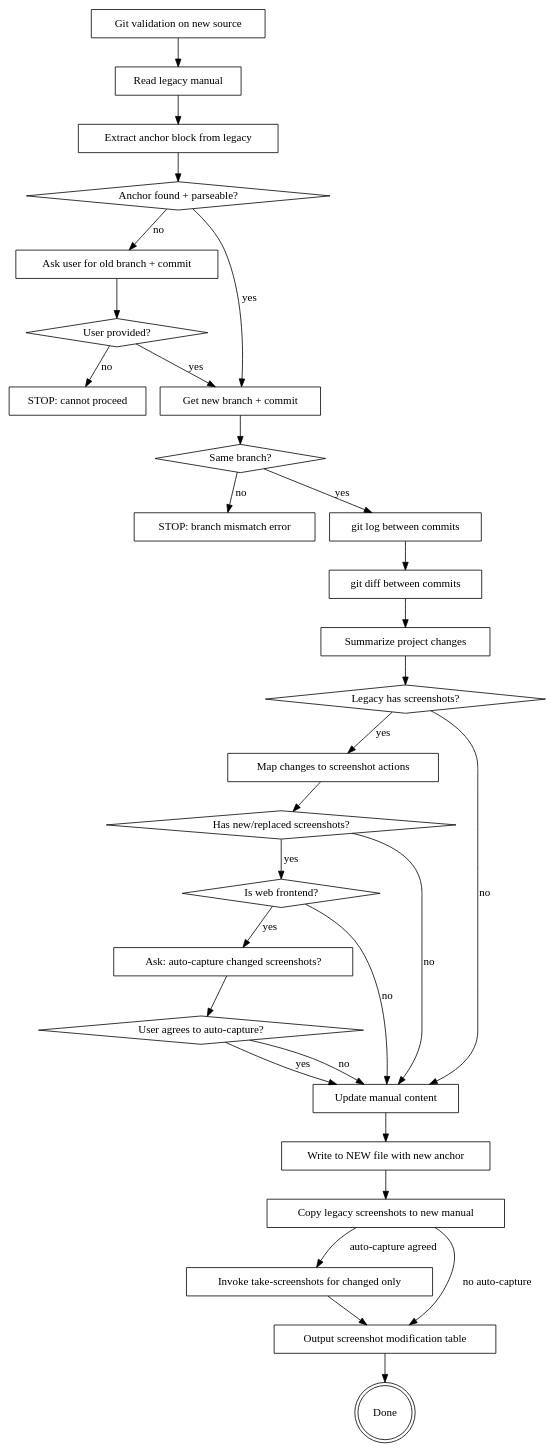
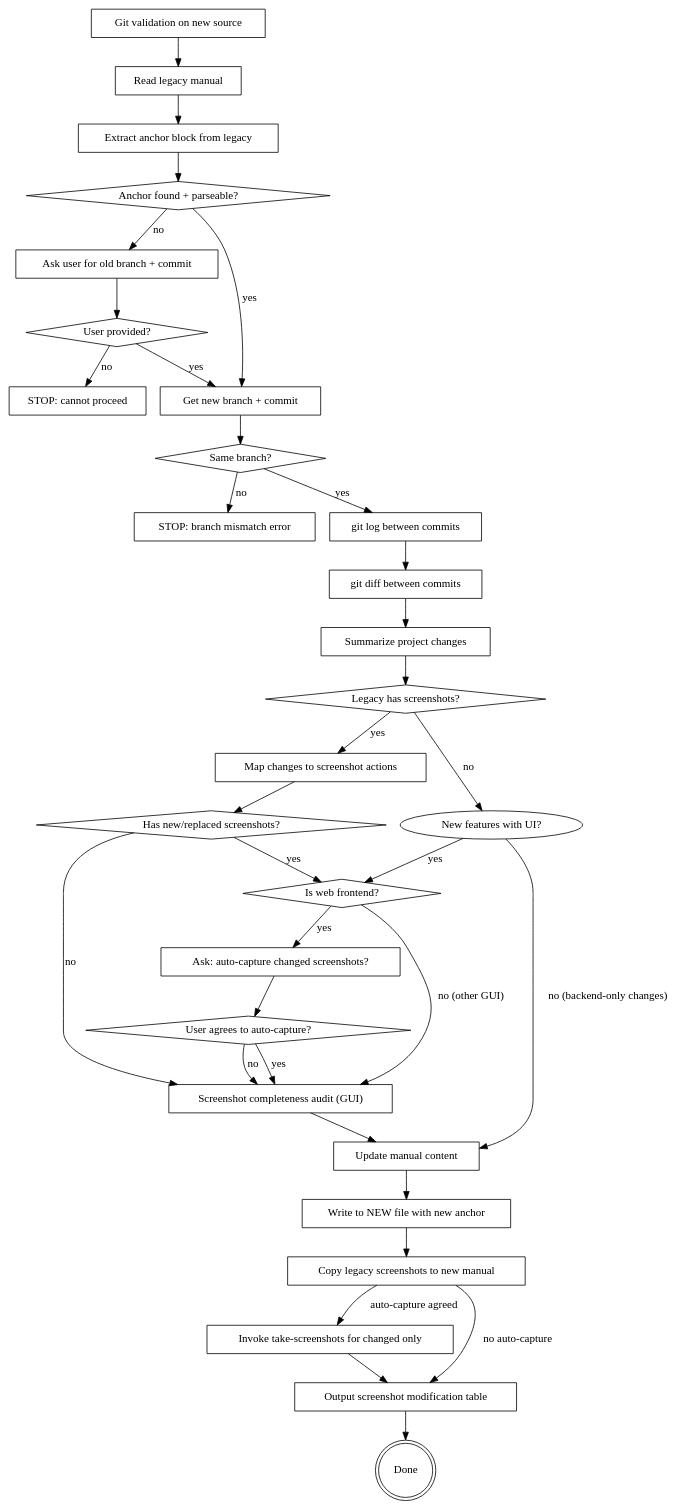
Before and after one commit to zhang-songhan/yanzhi-user-manual-generator: the third of 3 diagrams in skills/writing-user-manual/SKILL.md, drawn with Graphviz. The commit also changed other lines of this file and 2 other files, not shown here.

First line of the commit message:
docs: add Mode 2 full-manual read requirement and GUI screenshot completeness audit

````diff
--- a/skills/writing-user-manual/SKILL.md
+++ b/skills/writing-user-manual/SKILL.md
@@ -272,60 +272,64 @@
 ```dot
 digraph update_flow {
   "Git validation on new source" [shape=box];
   "Read legacy manual" [shape=box];
   "Extract anchor block from legacy" [shape=box];
   "Anchor found + parseable?" [shape=diamond];
   "Ask user for old branch + commit" [shape=box];
   "User provided?" [shape=diamond];
   "STOP: cannot proceed" [shape=box];
   "Get new branch + commit" [shape=box];
   "Same branch?" [shape=diamond];
   "STOP: branch mismatch error" [shape=box];
   "git log between commits" [shape=box];
   "git diff between commits" [shape=box];
   "Summarize project changes" [shape=box];
   "Legacy has screenshots?" [shape=diamond];
   "Map changes to screenshot actions" [shape=box];
   "Has new/replaced screenshots?" [shape=diamond];
   "Is web frontend?" [shape=diamond];
   "Ask: auto-capture changed screenshots?" [shape=box];
   "User agrees to auto-capture?" [shape=diamond];
   "Update manual content" [shape=box];
   "Write to NEW file with new anchor" [shape=box];
   "Copy legacy screenshots to new manual" [shape=box];
+  "Screenshot completeness audit (GUI)" [shape=box];
   "Invoke take-screenshots for changed only" [shape=box];
   "Output screenshot modification table" [shape=box];
   "Done" [shape=doublecircle];
 
   "Git validation on new source" -> "Read legacy manual";
   "Read legacy manual" -> "Extract anchor block from legacy";
   "Extract anchor block from legacy" -> "Anchor found + parseable?";
   "Anchor found + parseable?" -> "Get new branch + commit" [label="yes"];
   "Anchor found + parseable?" -> "Ask user for old branch + commit" [label="no"];
   "Ask user for old branch + commit" -> "User provided?";
   "User provided?" -> "Get new branch + commit" [label="yes"];
   "User provided?" -> "STOP: cannot proceed" [label="no"];
   "Get new branch + commit" -> "Same branch?";
   "Same branch?" -> "git log between commits" [label="yes"];
   "Same branch?" -> "STOP: branch mismatch error" [label="no"];
   "git log between commits" -> "git diff between commits";
   "git diff between commits" -> "Summarize project changes";
   "Summarize project changes" -> "Legacy has screenshots?";
   "Legacy has screenshots?" -> "Map changes to screenshot actions" [label="yes"];
-  "Legacy has screenshots?" -> "Update manual content" [label="no"];
+  "Legacy has screenshots?" -> "New features with UI?" [label="no"];
+  "New features with UI?" -> "Is web frontend?" [label="yes"];
+  "New features with UI?" -> "Update manual content" [label="no (backend-only changes)"];
   "Map changes to screenshot actions" -> "Has new/replaced screenshots?";
   "Has new/replaced screenshots?" -> "Is web frontend?" [label="yes"];
-  "Has new/replaced screenshots?" -> "Update manual content" [label="no"];
+  "Has new/replaced screenshots?" -> "Screenshot completeness audit (GUI)" [label="no"];
   "Is web frontend?" -> "Ask: auto-capture changed screenshots?" [label="yes"];
-  "Is web frontend?" -> "Update manual content" [label="no"];
+  "Is web frontend?" -> "Screenshot completeness audit (GUI)" [label="no (other GUI)"];
   "Ask: auto-capture changed screenshots?" -> "User agrees to auto-capture?";
-  "User agrees to auto-capture?" -> "Update manual content" [label="yes"];
-  "User agrees to auto-capture?" -> "Update manual content" [label="no"];
+  "User agrees to auto-capture?" -> "Screenshot completeness audit (GUI)" [label="yes"];
+  "User agrees to auto-capture?" -> "Screenshot completeness audit (GUI)" [label="no"];
+  "Screenshot completeness audit (GUI)" -> "Update manual content";
   "Update manual content" -> "Write to NEW file with new anchor";
   "Write to NEW file with new anchor" -> "Copy legacy screenshots to new manual";
   "Copy legacy screenshots to new manual" -> "Invoke take-screenshots for changed only" [label="auto-capture agreed"];
   "Copy legacy screenshots to new manual" -> "Output screenshot modification table" [label="no auto-capture"];
   "Invoke take-screenshots for changed only" -> "Output screenshot modification table";
   "Output screenshot modification table" -> "Done";
 }
 ```
````
